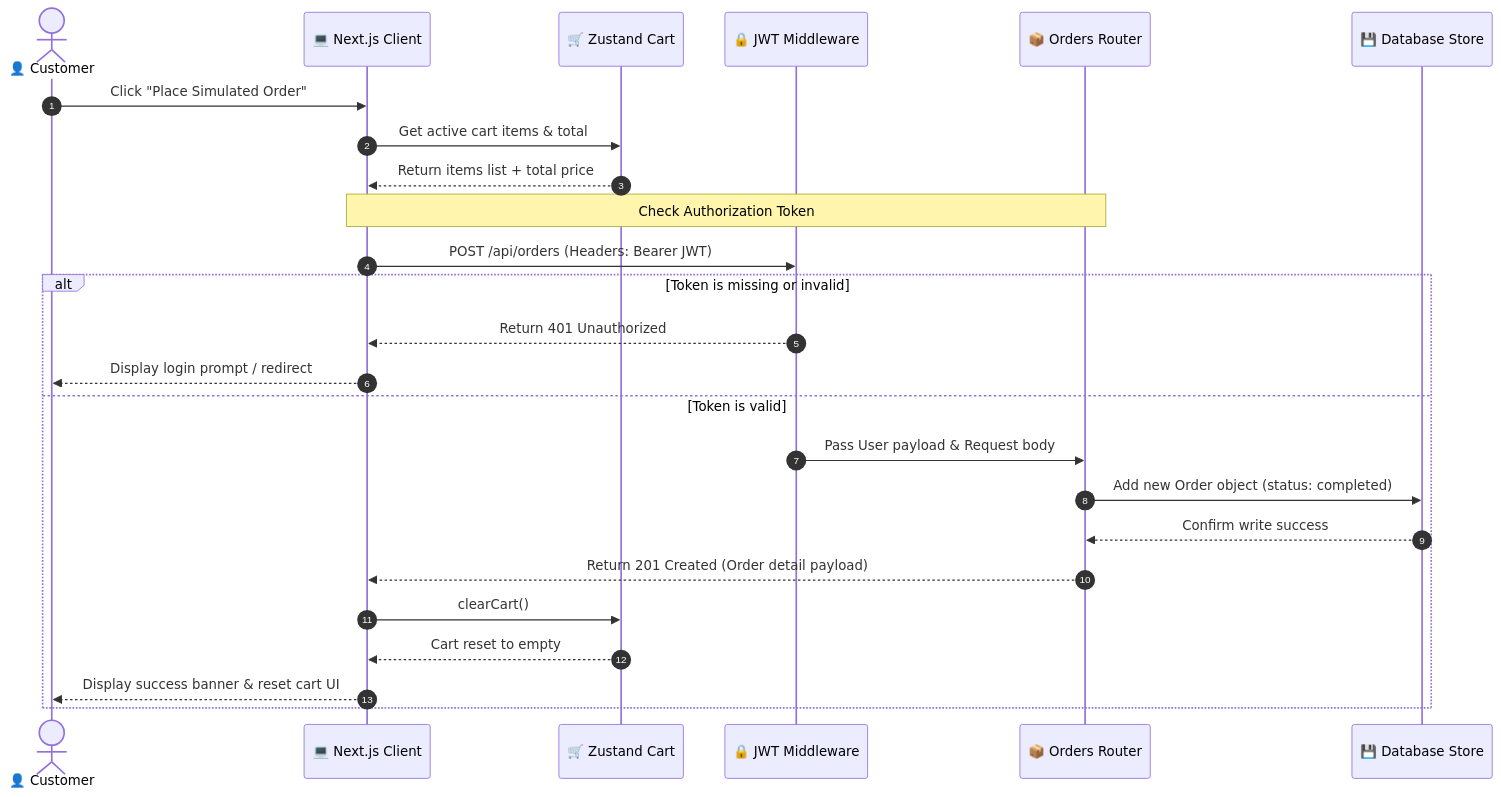
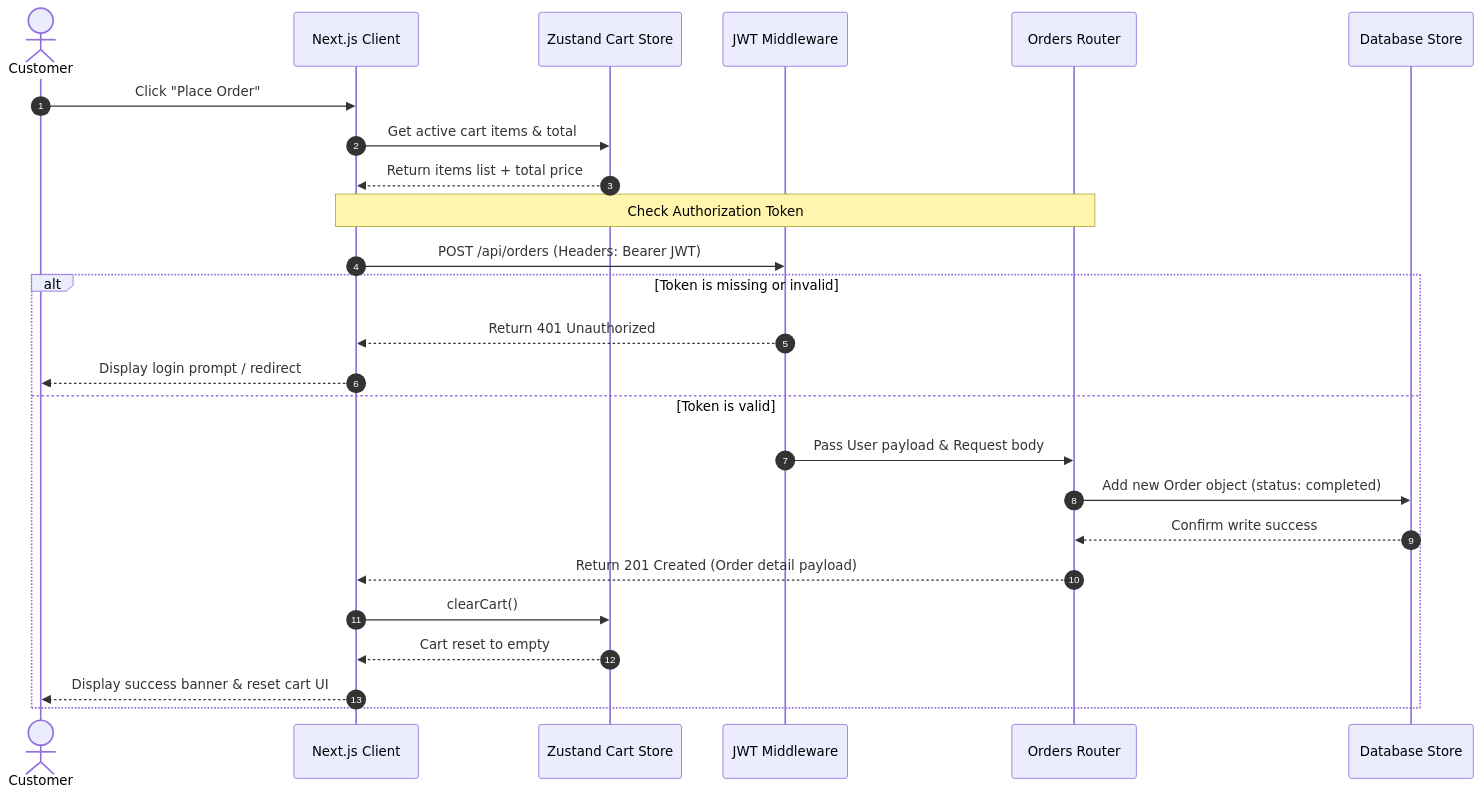
The third of 5 diagrams in docs/uml_diagrams.md (nfqadeer151-arch/ecommerce-store-app), drawn with Mermaid before and after one commit. The commit also changed other lines of this file, not shown here.

Commit message:
docs: update UML design diagrams with straight arrows and recommendation microservice

````diff
--- a/docs/uml_diagrams.md
+++ b/docs/uml_diagrams.md
@@ -111,29 +131,29 @@
 ```mermaid
 sequenceDiagram
     autonumber
-    actor User as 👤 Customer
-    participant FE as 💻 Next.js Client
-    participant Store as 🛒 Zustand Cart
-    participant Middleware as 🔒 JWT Middleware
-    participant Route as 📦 Orders Router
-    participant DB as 💾 Database Store
+    actor User as Customer
+    participant FE as Next.js Client
+    participant Store as Zustand Cart Store
+    participant Middleware as JWT Middleware
+    participant Route as Orders Router
+    participant DB as Database Store
 
-    User->>FE: Click "Place Simulated Order"
+    User->>FE: Click "Place Order"
     FE->>Store: Get active cart items & total
     Store-->>FE: Return items list + total price
     
     Note over FE,Route: Check Authorization Token
     FE->>Middleware: POST /api/orders (Headers: Bearer JWT)
     alt Token is missing or invalid
         Middleware-->>FE: Return 401 Unauthorized
         FE-->>User: Display login prompt / redirect
     else Token is valid
         Middleware->>Route: Pass User payload & Request body
         Route->>DB: Add new Order object (status: completed)
         DB-->>Route: Confirm write success
         Route-->>FE: Return 201 Created (Order detail payload)
         FE->>Store: clearCart()
         Store-->>FE: Cart reset to empty
         FE-->>User: Display success banner & reset cart UI
     end
 ```
````
